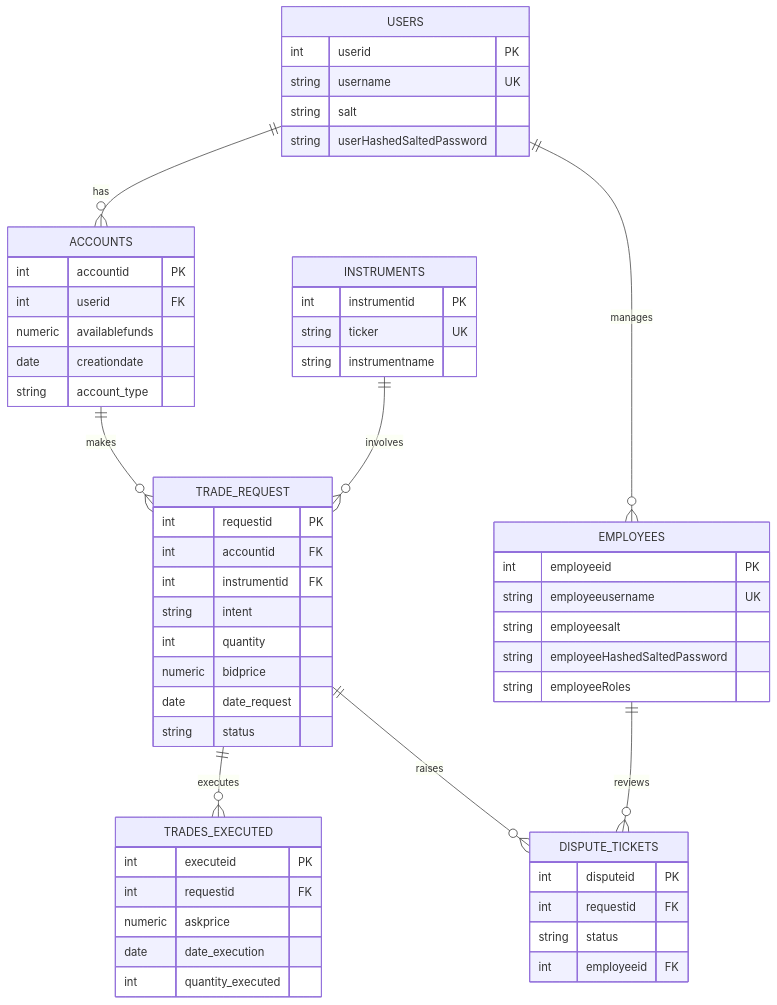
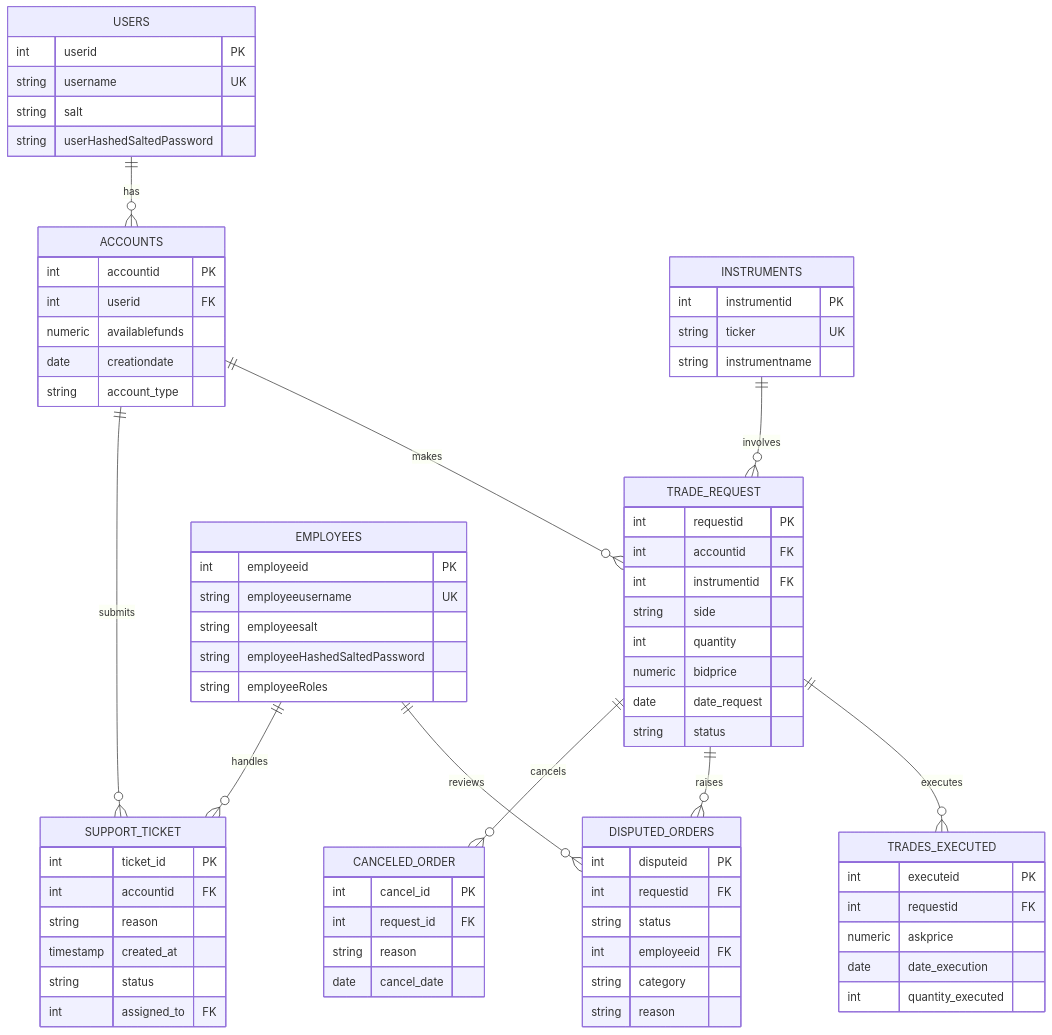
Before and after one commit to sromy17/ribbit-ribbit-project: the diagram in database-schema-diagram.mmd, drawn with Mermaid. The commit also changed 8 other files, not shown here.

Commit message:
modify schema and insert statements and erdiagram png

```diff
--- a/database-schema-diagram.mmd
+++ b/database-schema-diagram.mmd
@@ -1,63 +1,83 @@
 erDiagram
     USERS ||--o{ ACCOUNTS : has
-    USERS ||--o{ EMPLOYEES : manages
     ACCOUNTS ||--o{ TRADE_REQUEST : makes
+    ACCOUNTS ||--o{ SUPPORT_TICKET : submits
     INSTRUMENTS ||--o{ TRADE_REQUEST : involves
     TRADE_REQUEST ||--o{ TRADES_EXECUTED : executes
-    TRADE_REQUEST ||--o{ DISPUTE_TICKETS : raises
-    EMPLOYEES ||--o{ DISPUTE_TICKETS : reviews
+    TRADE_REQUEST ||--o{ DISPUTED_ORDERS : raises
+    TRADE_REQUEST ||--o{ CANCELED_ORDER : cancels
+    EMPLOYEES ||--o{ DISPUTED_ORDERS : reviews
+    EMPLOYEES ||--o{ SUPPORT_TICKET : handles
 
     USERS {
         int userid PK
         string username UK
         string salt
         string userHashedSaltedPassword
     }
 
     ACCOUNTS {
         int accountid PK
         int userid FK
         numeric availablefunds
         date creationdate
         string account_type
     }
 
     INSTRUMENTS {
         int instrumentid PK
         string ticker UK
         string instrumentname
     }
 
     TRADE_REQUEST {
         int requestid PK
         int accountid FK
         int instrumentid FK
-        string intent
+        string side
         int quantity
         numeric bidprice
         date date_request
         string status
     }
 
     TRADES_EXECUTED {
         int executeid PK
         int requestid FK
         numeric askprice
         date date_execution
         int quantity_executed
     }
 
     EMPLOYEES {
         int employeeid PK
         string employeeusername UK
         string employeesalt
         string employeeHashedSaltedPassword
         string employeeRoles
     }
 
-    DISPUTE_TICKETS {
+    DISPUTED_ORDERS {
         int disputeid PK
         int requestid FK
         string status
         int employeeid FK
+        string category
+        string reason
     }
+
+    CANCELED_ORDER {
+        int cancel_id PK
+        int request_id FK
+        string reason
+        date cancel_date
+    }
+
+    SUPPORT_TICKET {
+        int ticket_id PK
+        int accountid FK
+        string reason
+        timestamp created_at
+        string status
+        int assigned_to FK
+    }
```
